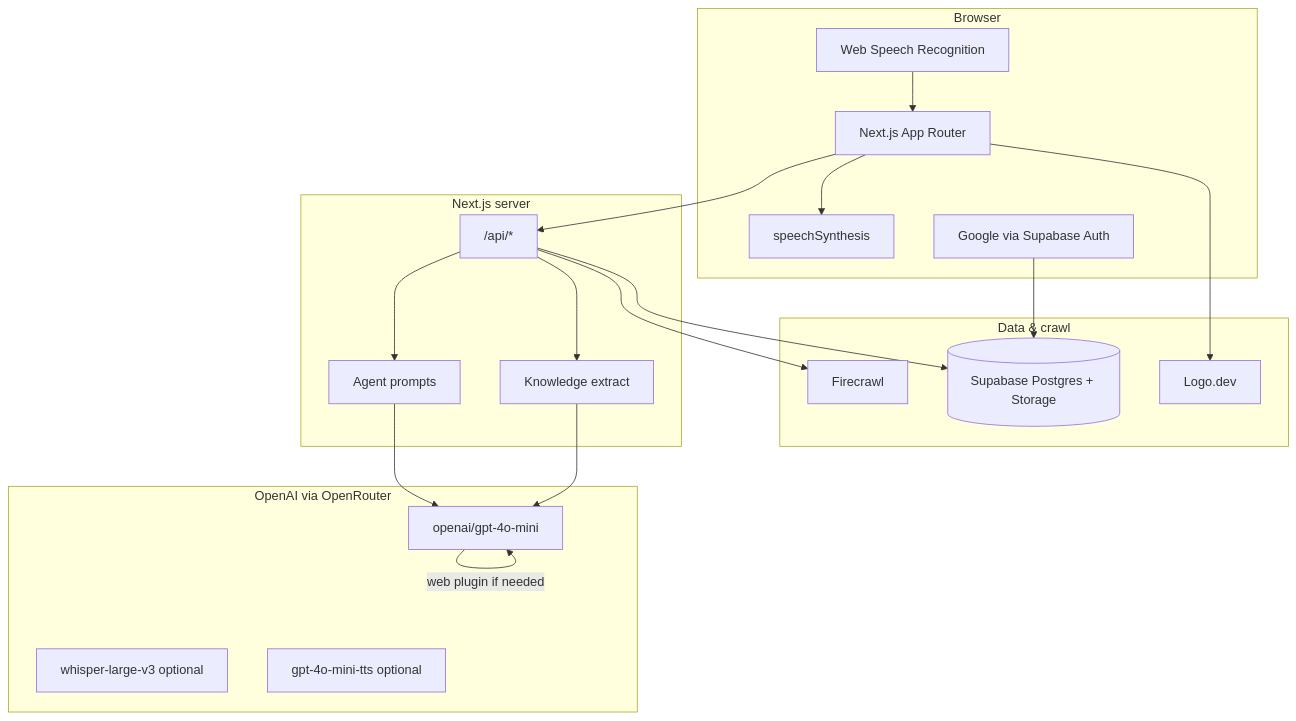
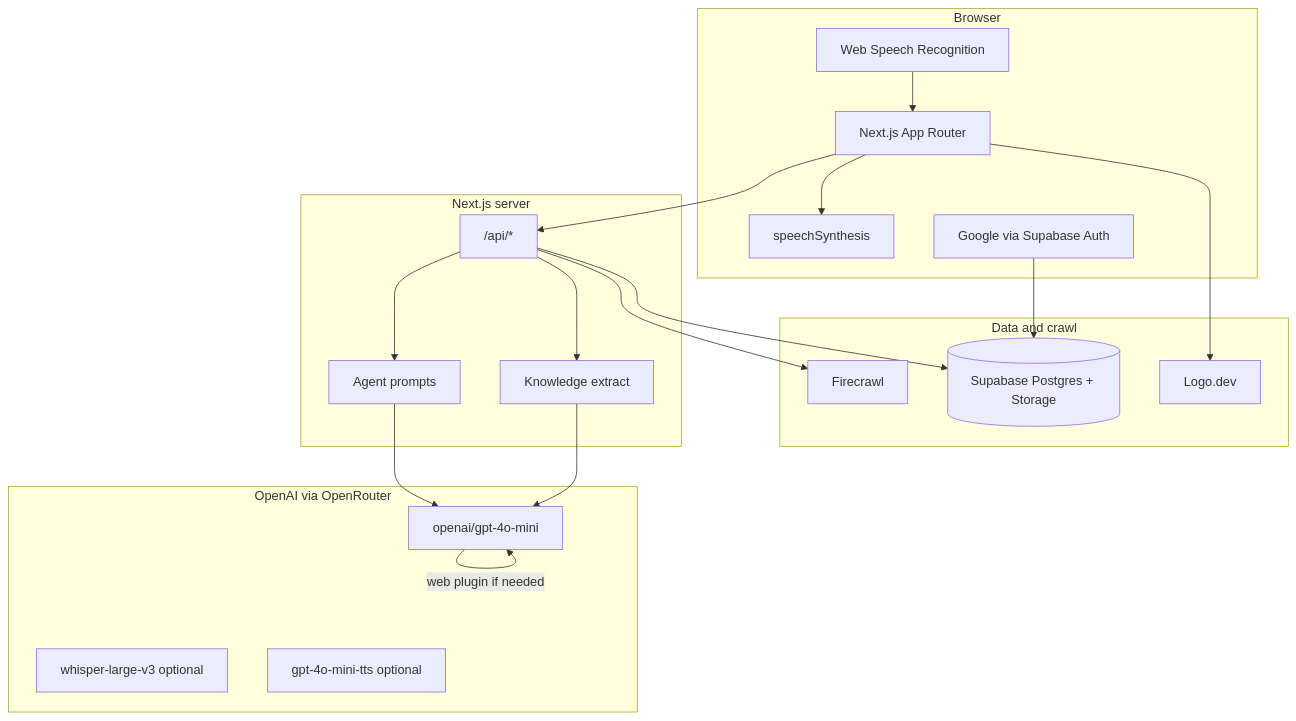
The fifth of 9 diagrams in README.md (provanshh/avaaz), drawn with Mermaid before and after one commit. The commit also changed other lines of this file, not shown here.

````diff
--- a/README.md
+++ b/README.md
@@ -144,40 +256,40 @@
 ```mermaid
 flowchart TB
   subgraph Client["Browser"]
     UI[Next.js App Router]
     Mic[Web Speech Recognition]
     TTS[speechSynthesis]
     AuthUI[Google via Supabase Auth]
   end
 
   subgraph Next["Next.js server"]
     API["/api/*"]
     Prompt[Agent prompts]
     Extract[Knowledge extract]
   end
 
   subgraph AI["OpenAI via OpenRouter"]
     GPT["openai/gpt-4o-mini"]
     Whisper["whisper-large-v3 optional"]
     Speech["gpt-4o-mini-tts optional"]
   end
 
-  subgraph Data["Data & crawl"]
+  subgraph Data["Data and crawl"]
     SB[(Supabase Postgres + Storage)]
     FC[Firecrawl]
     Logo[Logo.dev]
   end
 
   UI --> API
   AuthUI --> SB
   Mic --> UI
   UI --> TTS
   API --> Prompt
   API --> Extract
   Extract --> GPT
   Prompt --> GPT
   GPT -->|web plugin if needed| GPT
   API --> FC
   API --> SB
   UI --> Logo
 ```
````
